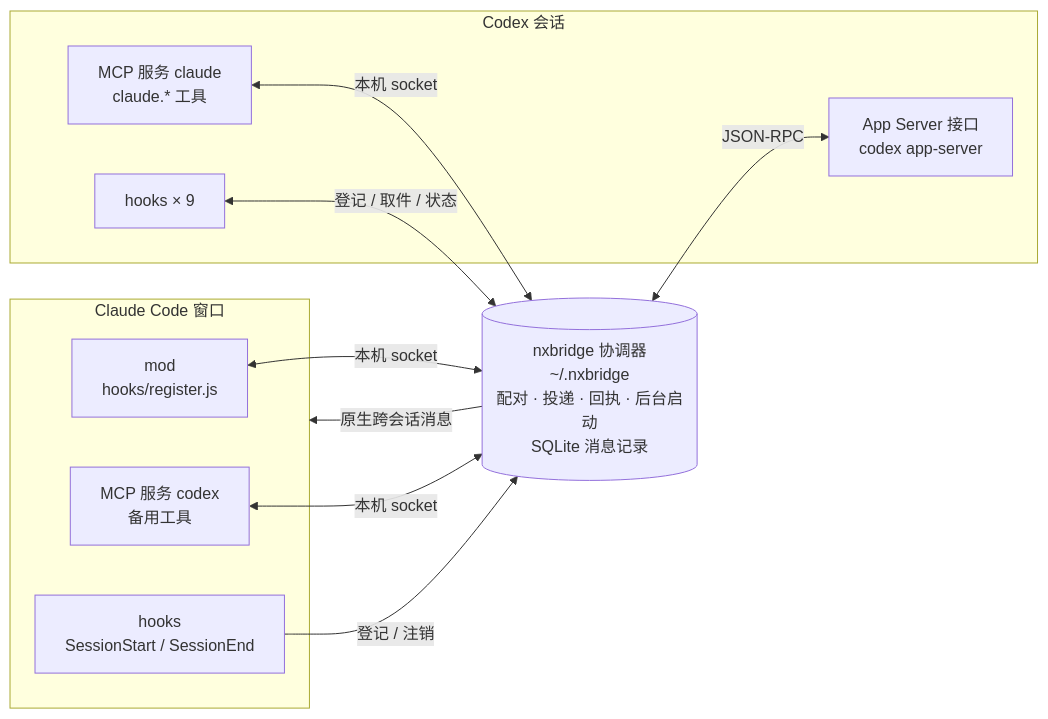
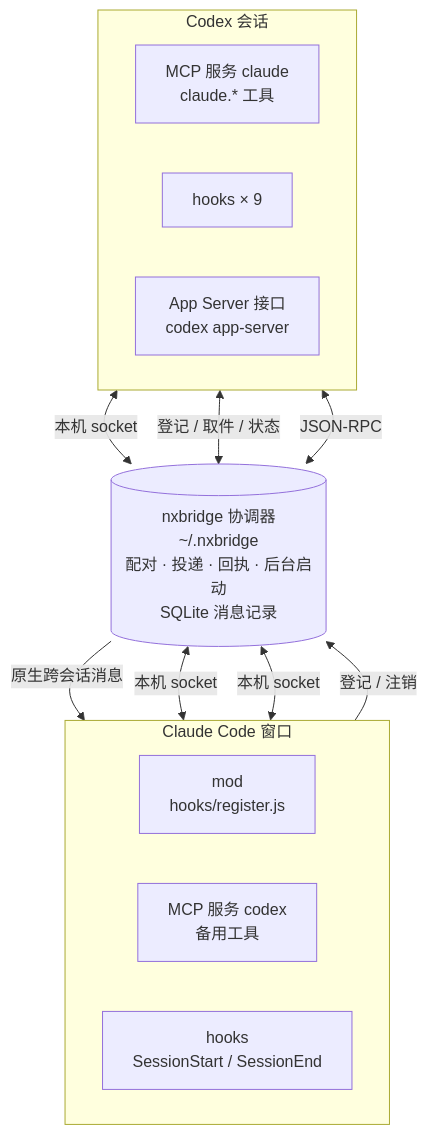
One commit to MiCat-S/nxbridge changed the diagram in README.md. Above: the diagram before and after it, drawn with Mermaid. The commit also changed 1 other file, not shown here.

Commit message:
README：架构图改为上下排列

````diff
--- a/README.md
+++ b/README.md
@@ -209,21 +209,23 @@
 ```mermaid
-flowchart LR
+flowchart TB
   subgraph CC["Claude Code 窗口"]
+    direction LR
     CM["mod<br/>hooks/register.js"]
     CMCP["MCP 服务 codex<br/>备用工具"]
     CH["hooks<br/>SessionStart / SessionEnd"]
   end
   subgraph CX["Codex 会话"]
+    direction LR
     XMCP["MCP 服务 claude<br/>claude.* 工具"]
     XH["hooks × 9"]
     XAS["App Server 接口<br/>codex app-server"]
   end
   B[("nxbridge 协调器<br/>~/.nxbridge<br/>配对 · 投递 · 回执 · 后台启动<br/>SQLite 消息记录")]
   CM <-->|本机 socket| B
   CMCP <-->|本机 socket| B
   CH -->|登记 / 注销| B
   B -->|原生跨会话消息| CC
   XMCP <-->|本机 socket| B
   XH <-->|登记 / 取件 / 状态| B
   B <-->|JSON-RPC| XAS
 ```
````
